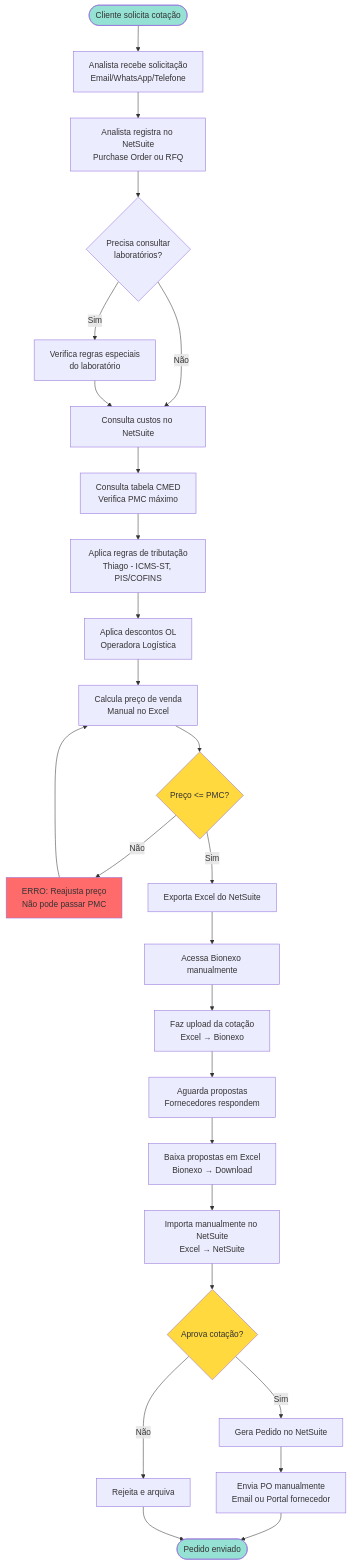
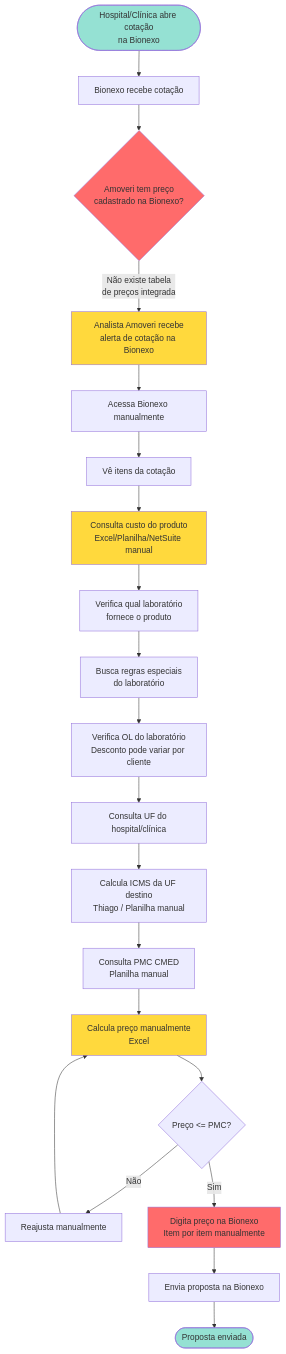
The first of 12 diagrams in integrations/bionexo-netsuite/docs/05-DIAGRAMAS-FLUXOS.md (sejodrope/Amoveri-Farma), drawn with Mermaid before and after one commit. The commit also changed other lines of this file and 56 other files, not shown here.

````diff
--- a/integrations/bionexo-netsuite/docs/05-DIAGRAMAS-FLUXOS.md
+++ b/integrations/bionexo-netsuite/docs/05-DIAGRAMAS-FLUXOS.md
@@ -10,44 +26,39 @@
 ```mermaid
 flowchart TD
-    Start([Cliente solicita cotação]) --> A[Analista recebe solicitação<br/>Email/WhatsApp/Telefone]
-    A --> B[Analista registra no NetSuite<br/>Purchase Order ou RFQ]
+    Start([Hospital/Clínica abre cotação<br/>na Bionexo]) --> A[Bionexo recebe cotação]
 
-    B --> C{Precisa consultar<br/>laboratórios?}
-    C -->|Sim| D[Verifica regras especiais<br/>do laboratório]
-    C -->|Não| E[Consulta custos no NetSuite]
+    A --> B{Amoveri tem preço<br/>cadastrado na Bionexo?}
 
-    D --> E
-    E --> F[Consulta tabela CMED<br/>Verifica PMC máximo]
-    F --> G[Aplica regras de tributação<br/>Thiago - ICMS-ST, PIS/COFINS]
-    G --> H[Aplica descontos OL<br/>Operadora Logística]
+    B -->|Não existe tabela<br/>de preços integrada| C[Analista Amoveri recebe<br/>alerta de cotação na Bionexo]
 
-    H --> I[Calcula preço de venda<br/>Manual no Excel]
-    I --> J{Preço <= PMC?}
+    C --> D[Acessa Bionexo manualmente]
+    D --> E[Vê itens da cotação]
 
-    J -->|Não| K[ERRO: Reajusta preço<br/>Não pode passar PMC]
-    K --> I
+    E --> F[Consulta custo do produto<br/>Excel/Planilha/NetSuite manual]
+    F --> G[Verifica qual laboratório<br/>fornece o produto]
+    G --> H[Busca regras especiais<br/>do laboratório]
+    H --> I[Verifica OL do laboratório<br/>Desconto pode variar por cliente]
 
-    J -->|Sim| L[Exporta Excel do NetSuite]
-    L --> M[Acessa Bionexo manualmente]
-    M --> N[Faz upload da cotação<br/>Excel → Bionexo]
+    I --> J[Consulta UF do hospital/clínica]
+    J --> K[Calcula ICMS da UF destino<br/>Thiago / Planilha manual]
+    K --> L[Consulta PMC CMED<br/>Planilha manual]
 
-    N --> O[Aguarda propostas<br/>Fornecedores respondem]
-    O --> P[Baixa propostas em Excel<br/>Bionexo → Download]
+    L --> M[Calcula preço manualmente<br/>Excel]
+    M --> N{Preço <= PMC?}
 
-    P --> Q[Importa manualmente no NetSuite<br/>Excel → NetSuite]
-    Q --> R{Aprova cotação?}
+    N -->|Não| O[Reajusta manualmente]
+    O --> M
 
-    R -->|Não| S[Rejeita e arquiva]
-    R -->|Sim| T[Gera Pedido no NetSuite]
+    N -->|Sim| P[Digita preço na Bionexo<br/>Item por item manualmente]
+    P --> Q[Envia proposta na Bionexo]
 
-    T --> U[Envia PO manualmente<br/>Email ou Portal fornecedor]
-    U --> End([Pedido enviado])
+    Q --> End([Proposta enviada])
 
-    S --> End
-
-    style K fill:#ff6b6b
-    style J fill:#ffd93d
-    style R fill:#ffd93d
+    style B fill:#ff6b6b
+    style C fill:#ffd93d
+    style F fill:#ffd93d
+    style M fill:#ffd93d
+    style P fill:#ff6b6b
     style Start fill:#95e1d3
     style End fill:#95e1d3
 ```
````
